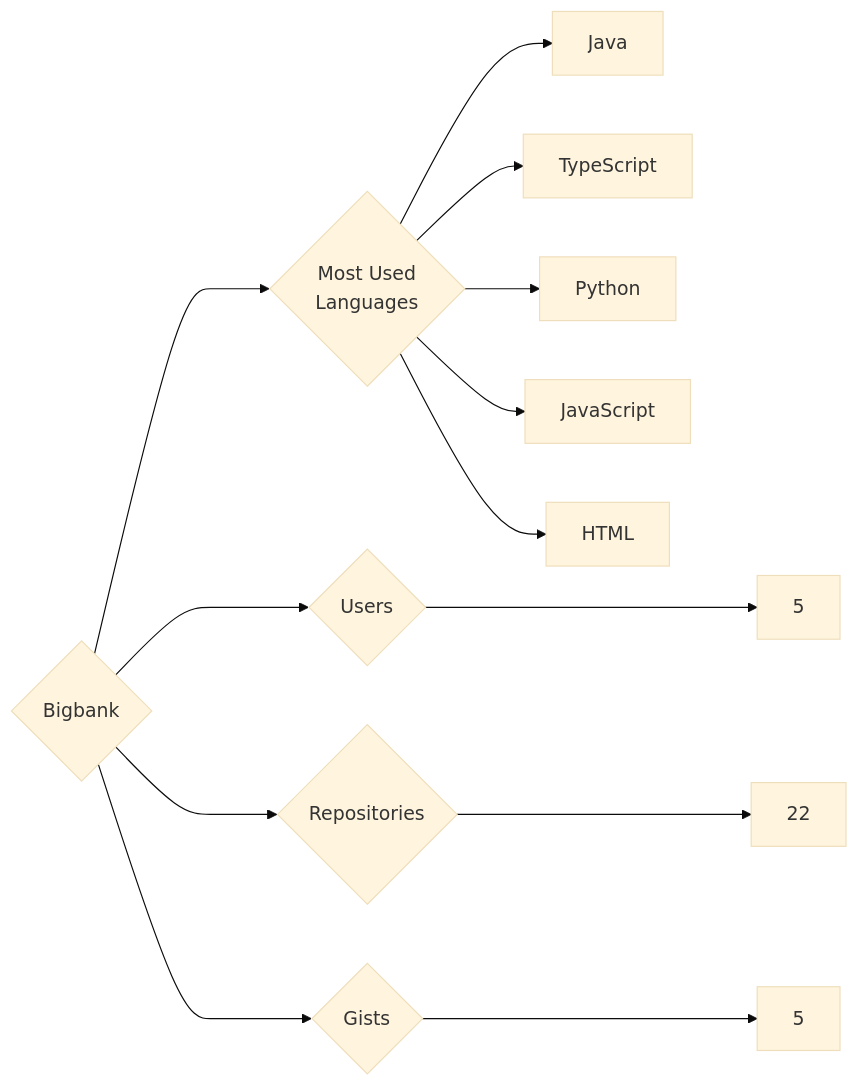
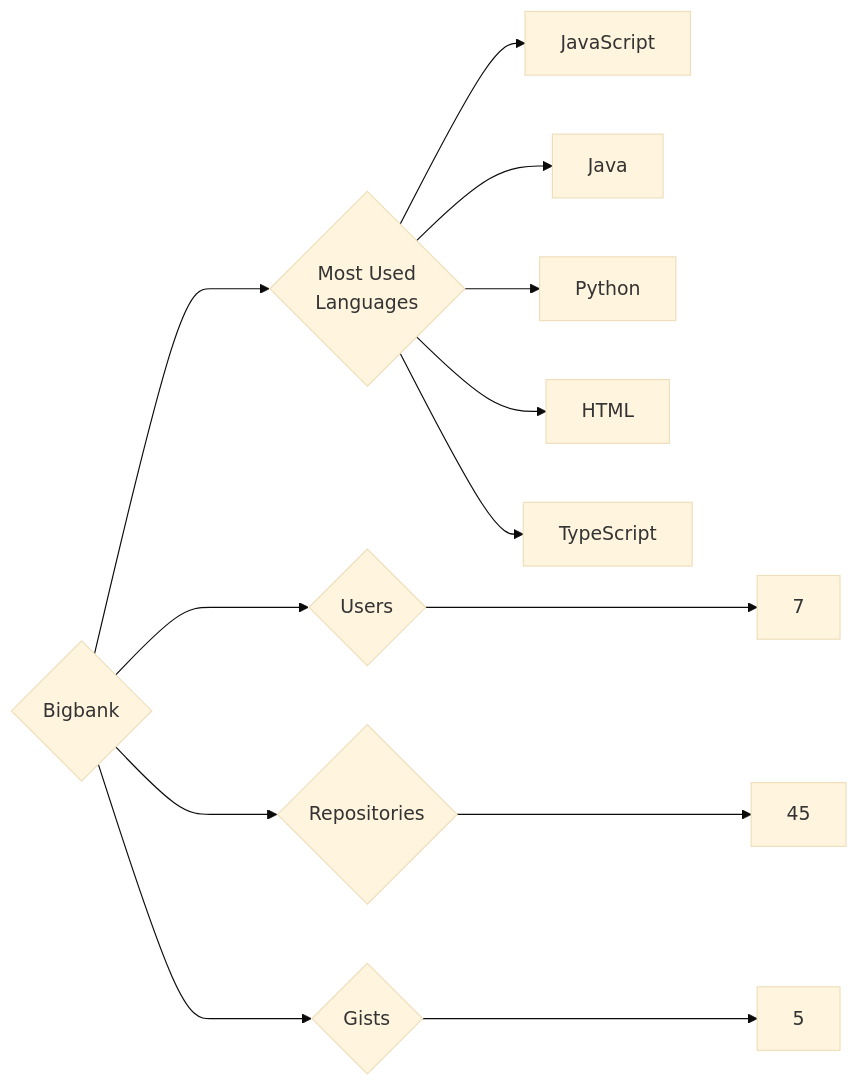
One commit to trickest/insiders changed the diagram in targets/Bigbank/README.md. Above: the diagram before and after it, drawn with Mermaid (base theme). The commit also changed 1123 other files, not shown here.

````diff
--- a/targets/Bigbank/README.md
+++ b/targets/Bigbank/README.md
@@ -3,13 +3,13 @@
 ```mermaid
 graph LR
 COMPANY_NAME{Bigbank}
-COMPANY_NAME ---> U{Users} ---> UN[5]
-COMPANY_NAME ---> R{Repositories} ---> RN[22]
+COMPANY_NAME ---> U{Users} ---> UN[7]
+COMPANY_NAME ---> R{Repositories} ---> RN[45]
 COMPANY_NAME ---> G{Gists} ---> GN[5]
 COMPANY_NAME ---> ML{Most Used<br>Languages}
+ML --> JavaScript[JavaScript]
 ML --> Java[Java]
+ML --> Python[Python]
+ML --> HTML[HTML]
 ML --> TypeScript[TypeScript]
-ML --> Python[Python]
-ML --> JavaScript[JavaScript]
-ML --> HTML[HTML]
 ```
````
